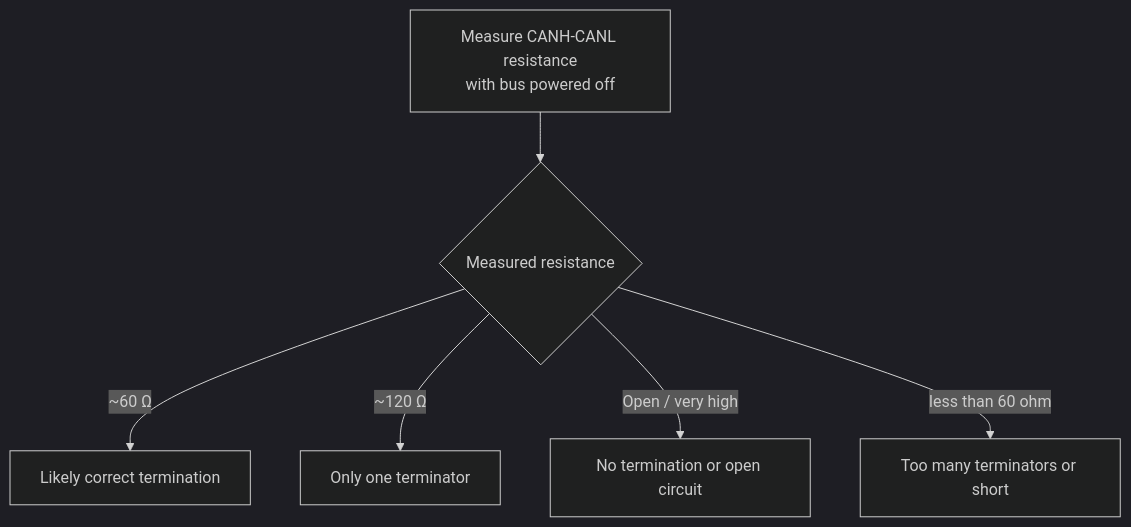
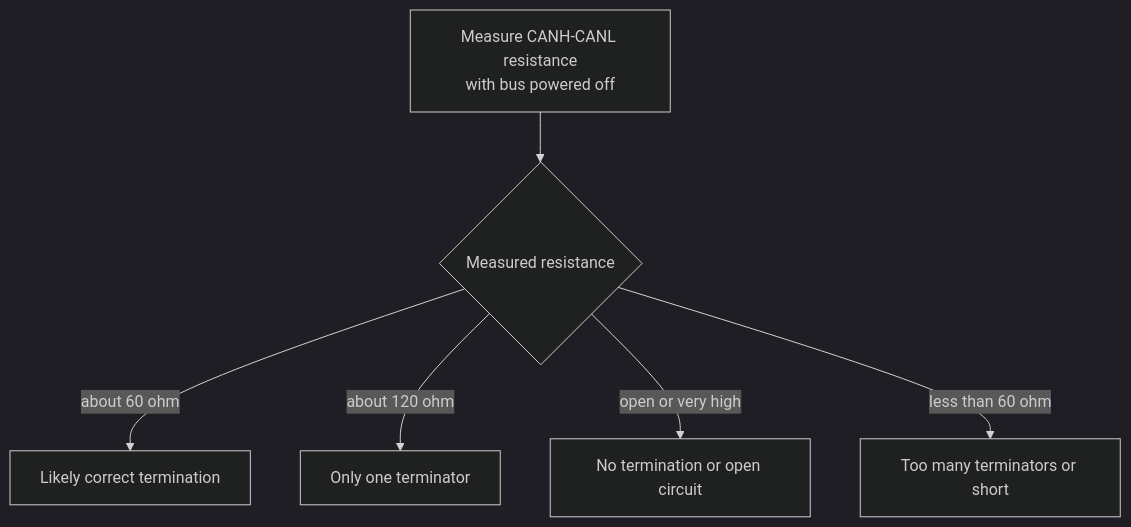
Before and after one commit to dokkev/dokkev.github.io: diagram 11 of 15 in _posts/CAN/2024-09-03-debugcan.md, drawn with Mermaid (dark theme). The commit also changed other lines of this file and 1 other file, not shown here.

Commit message:
compact diagram

````diff
--- a/_posts/CAN/2024-09-03-debugcan.md
+++ b/_posts/CAN/2024-09-03-debugcan.md
@@ -461,9 +461,9 @@
 ```mermaid
 flowchart TD
     A["Measure CANH-CANL resistance<br/>with bus powered off"] --> B{"Measured resistance"}
 
-    B -->|"~60 Ω"| C["Likely correct termination"]
-    B -->|"~120 Ω"| D["Only one terminator"]
-    B -->|"Open / very high"| E["No termination or open circuit"]
-    B -->|"less than 60 ohm"| F["Too many terminators or short"]
+    B -->|about 60 ohm| C["Likely correct termination"]
+    B -->|about 120 ohm| D["Only one terminator"]
+    B -->|open or very high| E["No termination or open circuit"]
+    B -->|less than 60 ohm| F["Too many terminators or short"]
 ```
````
